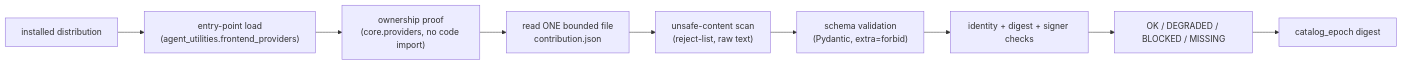
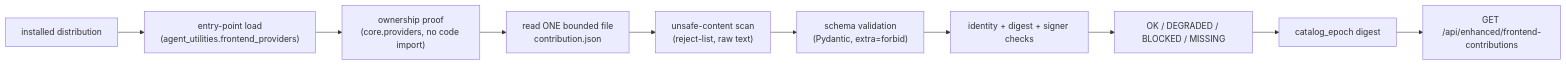
One commit to Knuckles-Team/agent-utilities changed the diagram in docs/architecture/frontend-contributions.md. Above: the diagram before and after it, drawn with Mermaid. The commit also changed other lines of this file and 233 other files, not shown here.

````diff
--- a/docs/architecture/frontend-contributions.md
+++ b/docs/architecture/frontend-contributions.md
@@ -30,11 +30,12 @@
 ```mermaid
 flowchart LR
     A[installed distribution] --> B["entry-point load\n(agent_utilities.frontend_providers)"]
     B --> C["ownership proof\n(core.providers, no code import)"]
     C --> D["read ONE bounded file\ncontribution.json"]
     D --> E["unsafe-content scan\n(reject-list, raw text)"]
     E --> F["schema validation\n(Pydantic, extra=forbid)"]
     F --> G["identity + digest + signer checks"]
     G --> H["OK / DEGRADED / BLOCKED / MISSING"]
     H --> I["catalog_epoch digest"]
+    I --> J["GET /api/enhanced/frontend-contributions"]
 ```
````
